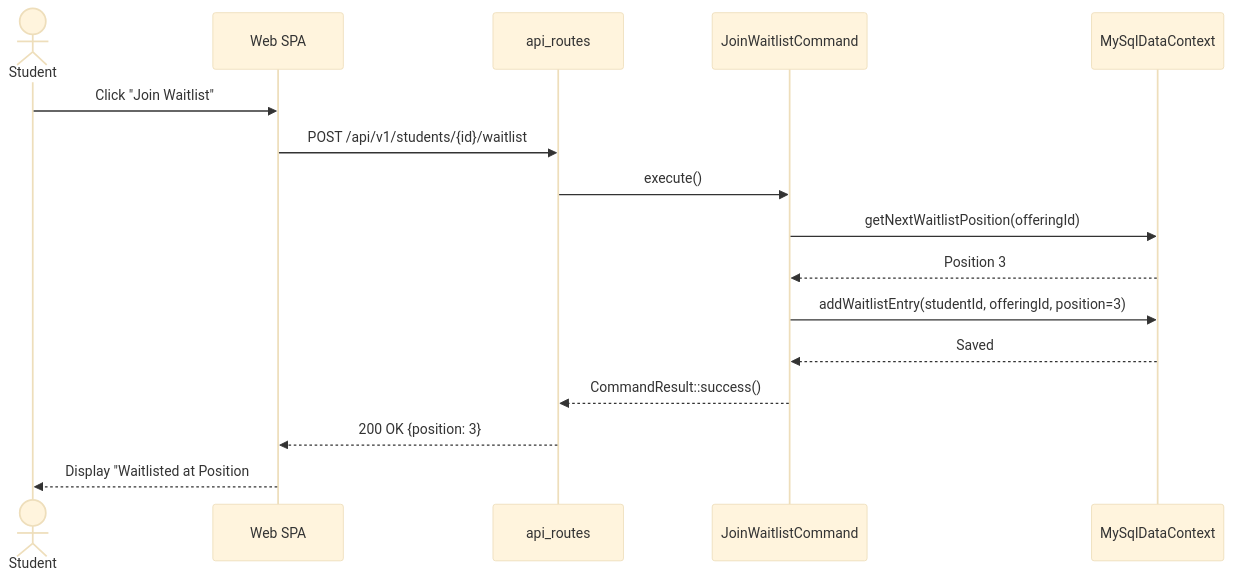
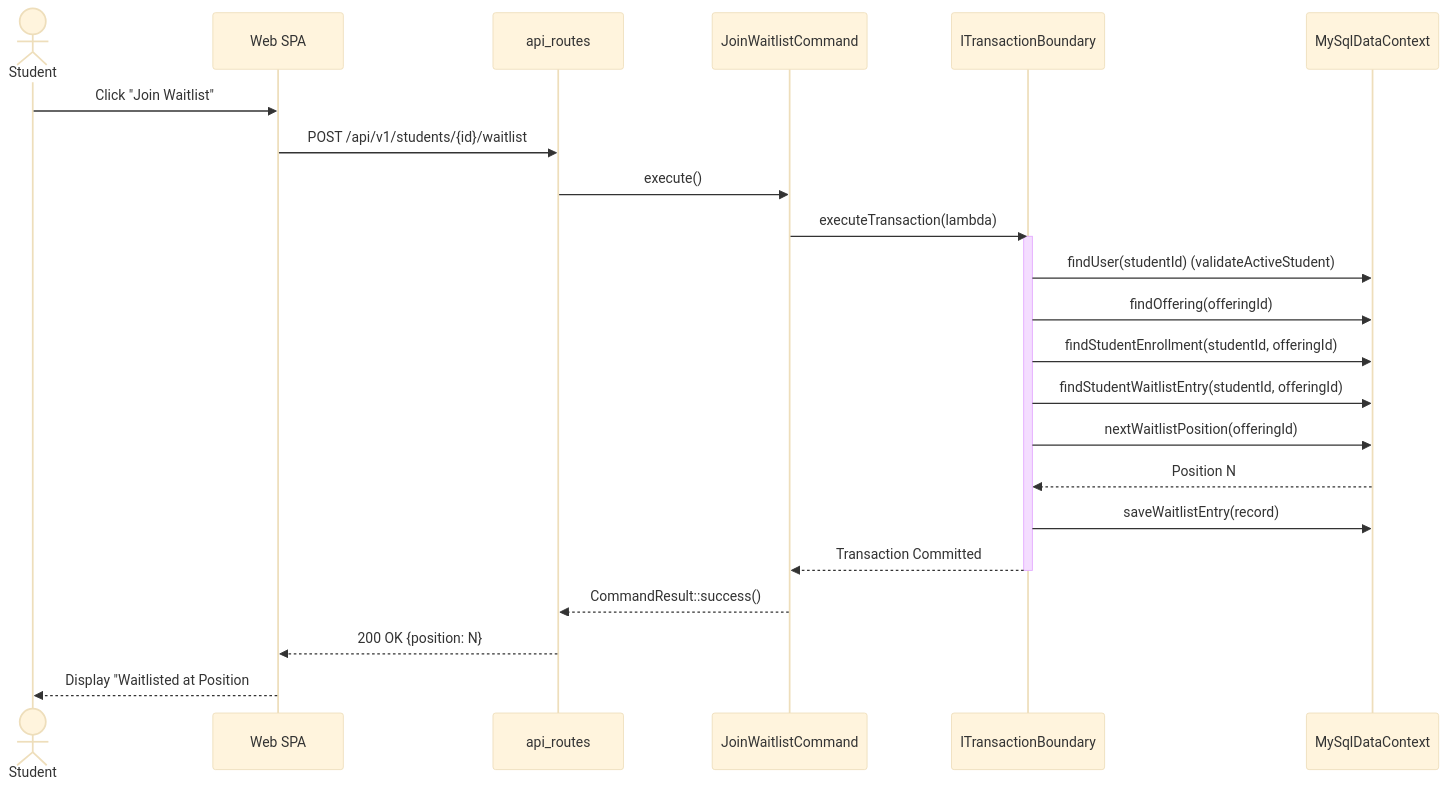
One commit to DesanSilva/university-course-enrolment-system changed the fourth of 13 diagrams in docs/uml_sequence_diagram.md. Above: the diagram before and after it, drawn with Mermaid (base theme). The commit also changed other lines of this file and 3 other files, not shown here.

Commit message:
updated UML diagrams

````diff
--- a/docs/uml_sequence_diagram.md
+++ b/docs/uml_sequence_diagram.md
@@ -104,19 +120,27 @@
 ```mermaid
 sequenceDiagram
     actor Student
     participant SPA as Web SPA
     participant Router as api_routes
     participant Command as JoinWaitlistCommand
+    participant Tx as ITransactionBoundary
     participant Store as MySqlDataContext
 
     Student->>SPA: Click "Join Waitlist"
     SPA->>Router: POST /api/v1/students/{id}/waitlist
     Router->>Command: execute()
-    Command->>Store: getNextWaitlistPosition(offeringId)
-    Store-->>Command: Position 3
-    Command->>Store: addWaitlistEntry(studentId, offeringId, position=3)
-    Store-->>Command: Saved
+    Command->>Tx: executeTransaction(lambda)
+    activate Tx
+    Tx->>Store: findUser(studentId) (validateActiveStudent)
+    Tx->>Store: findOffering(offeringId)
+    Tx->>Store: findStudentEnrollment(studentId, offeringId)
+    Tx->>Store: findStudentWaitlistEntry(studentId, offeringId)
+    Tx->>Store: nextWaitlistPosition(offeringId)
+    Store-->>Tx: Position N
+    Tx->>Store: saveWaitlistEntry(record)
+    Tx-->>Command: Transaction Committed
+    deactivate Tx
     Command-->>Router: CommandResult::success()
-    Router-->>SPA: 200 OK {position: 3}
-    SPA-->>Student: Display "Waitlisted at Position #3"
+    Router-->>SPA: 200 OK {position: N}
+    SPA-->>Student: Display "Waitlisted at Position #N"
 ```
````
